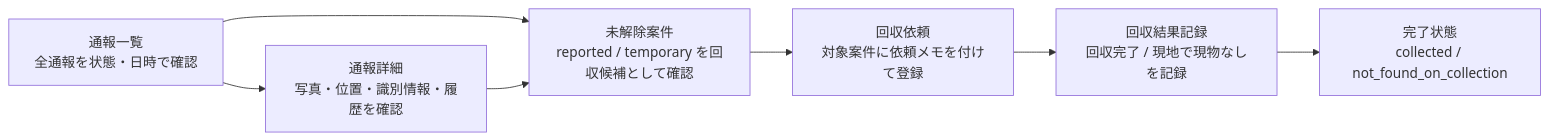
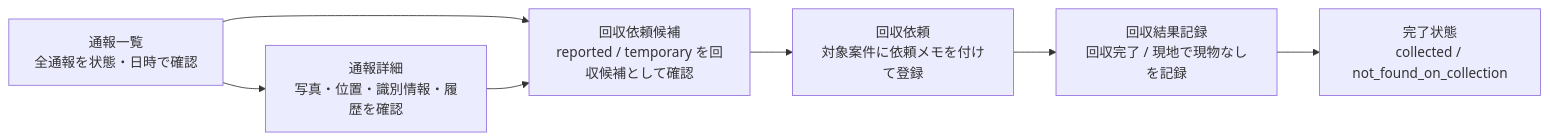
Before and after one commit to fjmrytfjsn/NO-Houchi-Bicycle-Net: the diagram in docs/ui/wireframes-admin-dashboard.md, drawn with Mermaid. The commit also changed other lines of this file and 6 other files, not shown here.

````diff
--- a/docs/ui/wireframes-admin-dashboard.md
+++ b/docs/ui/wireframes-admin-dashboard.md
@@ -45,9 +45,9 @@
 ```mermaid
 flowchart LR
   A["通報一覧<br>全通報を状態・日時で確認"] --> B["通報詳細<br>写真・位置・識別情報・履歴を確認"]
-  A --> C["未解除案件<br>reported / temporary を回収候補として確認"]
+  A --> C["回収依頼候補<br>reported / temporary を回収候補として確認"]
   C --> D["回収依頼<br>対象案件に依頼メモを付けて登録"]
   D --> E["回収結果記録<br>回収完了 / 現地で現物なしを記録"]
   E --> F["完了状態<br>collected / not_found_on_collection"]
   B --> C
 ```
````
